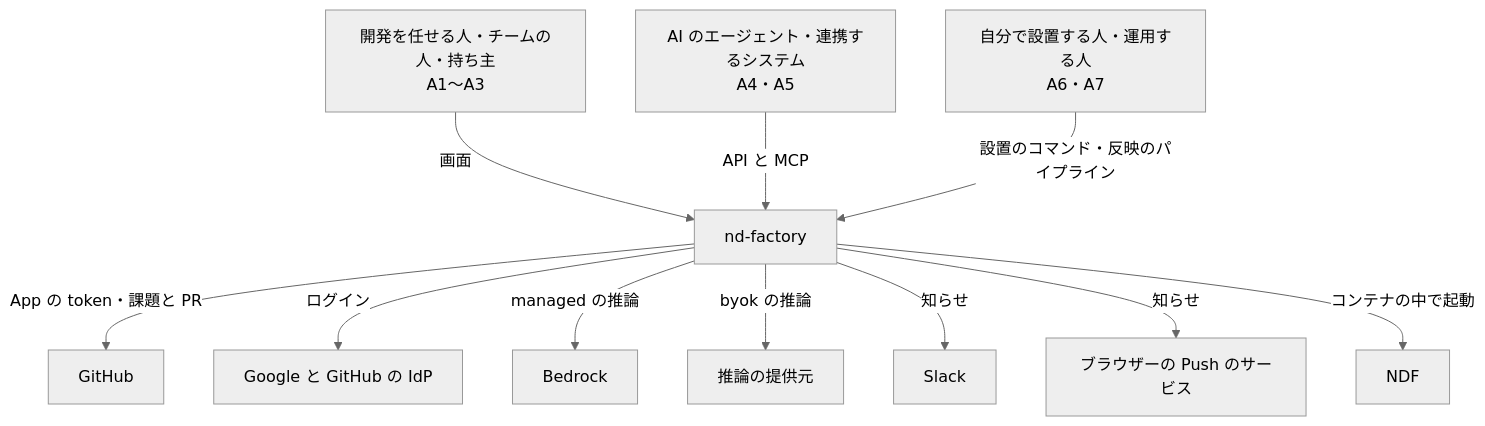
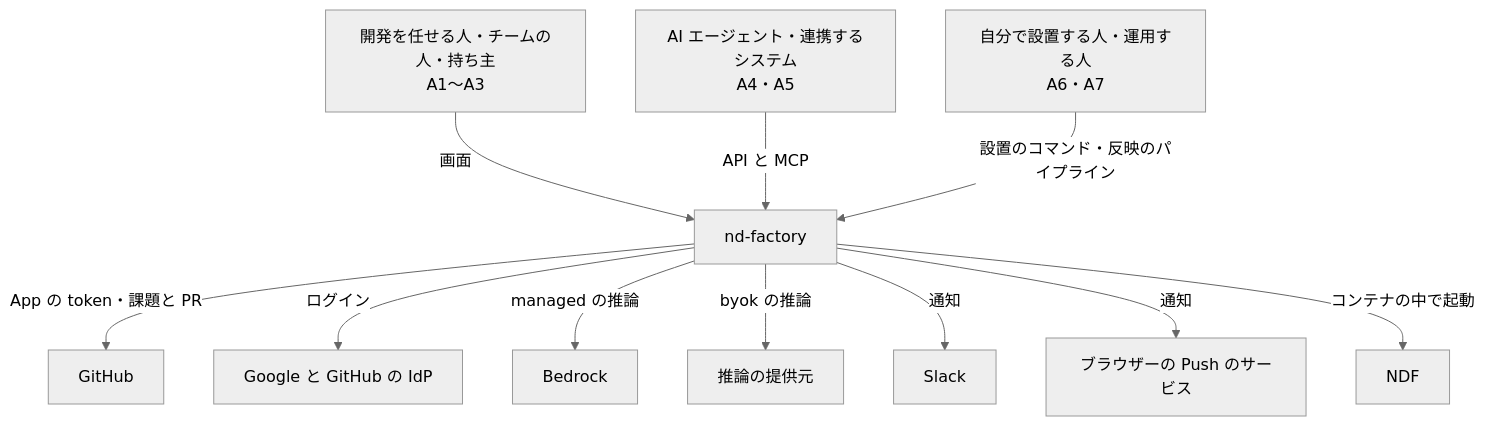
The first of 3 diagrams in docs/design/platform.md (devbasex/nd-factory), drawn with Mermaid (neutral theme) before and after one commit. The commit also changed other lines of this file and 114 other files, not shown here.

````diff
--- a/docs/design/platform.md
+++ b/docs/design/platform.md
@@ -59,13 +59,13 @@
 ```mermaid
 graph TD
     P[開発を任せる人・チームの人・持ち主<br/>A1〜A3] -->|画面| F[nd-factory]
-    AG[AI のエージェント・連携するシステム<br/>A4・A5] -->|API と MCP| F
+    AG[AI エージェント・連携するシステム<br/>A4・A5] -->|API と MCP| F
     OP[自分で設置する人・運用する人<br/>A6・A7] -->|設置のコマンド・反映のパイプライン| F
     F -->|App の token・課題と PR| GH[GitHub]
     F -->|ログイン| IDP[Google と GitHub の IdP]
     F -->|managed の推論| BR[Bedrock]
     F -->|byok の推論| LLM[推論の提供元]
-    F -->|知らせ| SL[Slack]
-    F -->|知らせ| WP[ブラウザーの Push のサービス]
+    F -->|通知| SL[Slack]
+    F -->|通知| WP[ブラウザーの Push のサービス]
     F -->|コンテナの中で起動| NDF[NDF]
 ```
````
